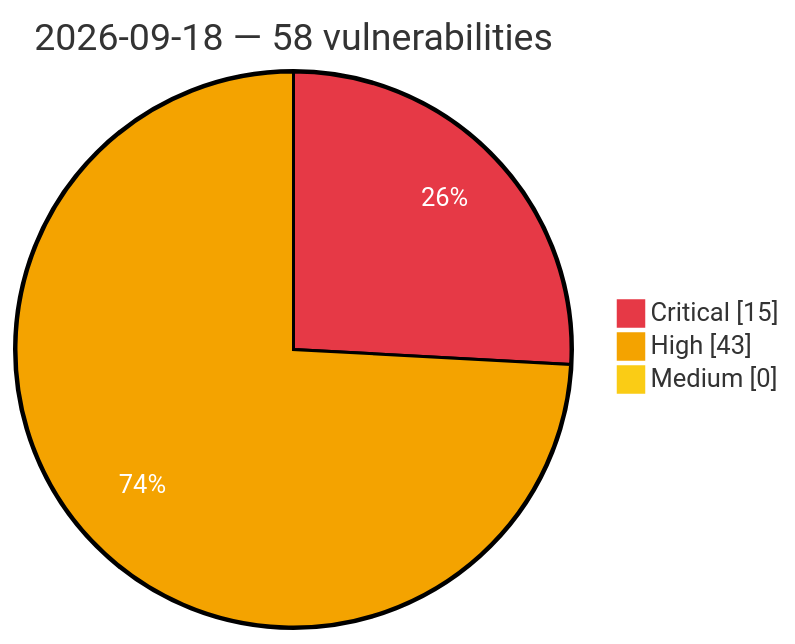
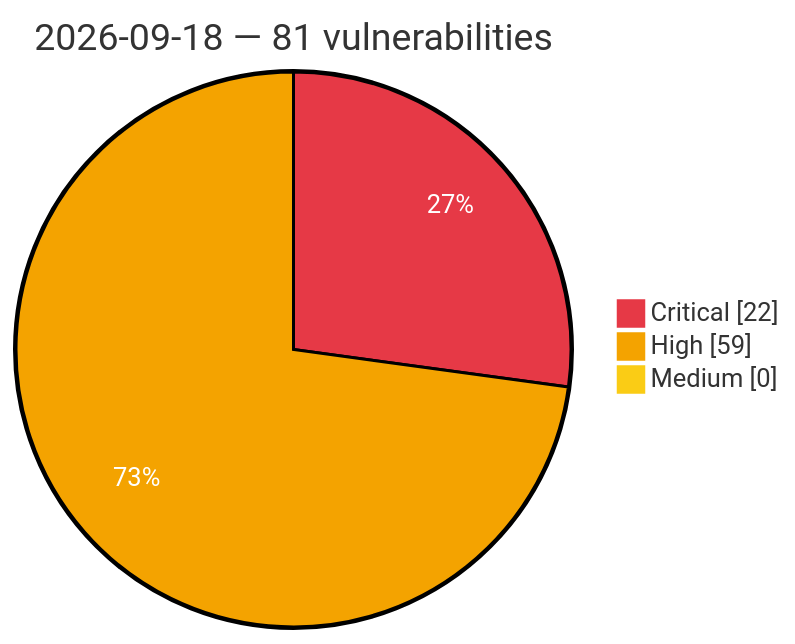
The diagram in vulnerabilities/2026/September/2026-09-18.md (GhostX0X/vuln-tracker), drawn with Mermaid before and after one commit. The commit also changed other lines of this file and 5 other files, not shown here.

Commit message:
Auto update: critical/high vulns (2026-09-18 19:54 UTC)

````diff
--- a/vulnerabilities/2026/September/2026-09-18.md
+++ b/vulnerabilities/2026/September/2026-09-18.md
@@ -3,8 +3,8 @@
 ```mermaid
 %%{init: {'theme':'base', 'themeVariables': {'pie1':'#e63946', 'pie2':'#f4a300', 'pie3':'#facc15', 'pieOpacity':'1', 'pieOuterStrokeWidth':'2px', 'pieSectionTextColor':'#ffffff'}}}%%
 pie showData
-    title 2026-09-18 — 58 vulnerabilities
-    "Critical" : 15
-    "High" : 43
+    title 2026-09-18 — 81 vulnerabilities
+    "Critical" : 22
+    "High" : 59
     "Medium" : 0
 ```
````
